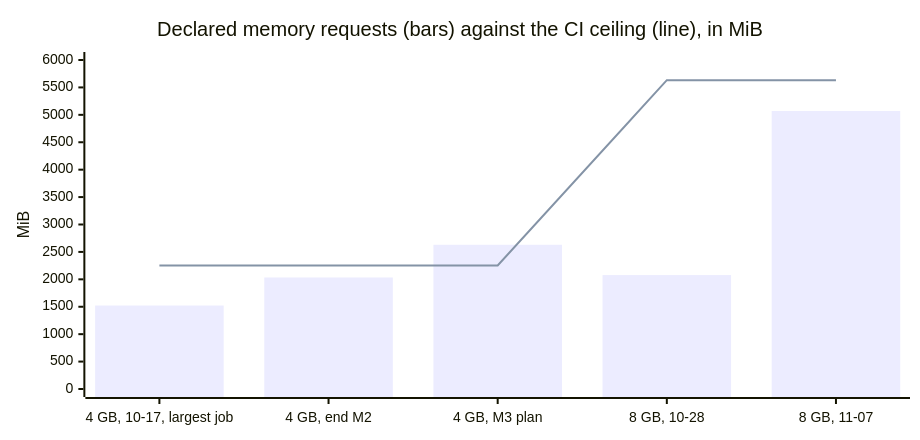
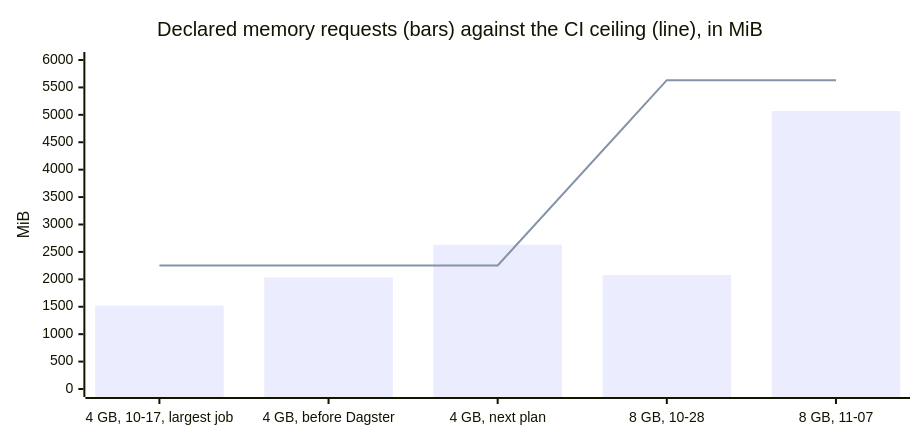
One commit to FilipeFantini/ofantini.com changed the diagram in src/content/diagrams/infrastructure-memory-budget.mmd. Above: the diagram before and after it, drawn with Mermaid. The commit also changed 2 other files, not shown here.

```diff
--- a/src/content/diagrams/infrastructure-memory-budget.mmd
+++ b/src/content/diagrams/infrastructure-memory-budget.mmd
@@ -1,12 +1,12 @@
 ---
 config:
   xyChart:
     width: 900
     height: 420
 ---
 xychart-beta
     title "Declared memory requests (bars) against the CI ceiling (line), in MiB"
-    x-axis ["4 GB, 10-17, largest job", "4 GB, end M2", "4 GB, M3 plan", "8 GB, 10-28", "8 GB, 11-07"]
+    x-axis ["4 GB, 10-17, largest job", "4 GB, before Dagster", "4 GB, next plan", "8 GB, 10-28", "8 GB, 11-07"]
     y-axis "MiB" 0 --> 6000
     bar [1522, 2034, 2630, 2078, 5070]
     line [2253, 2253, 2253, 5632, 5632]
```
